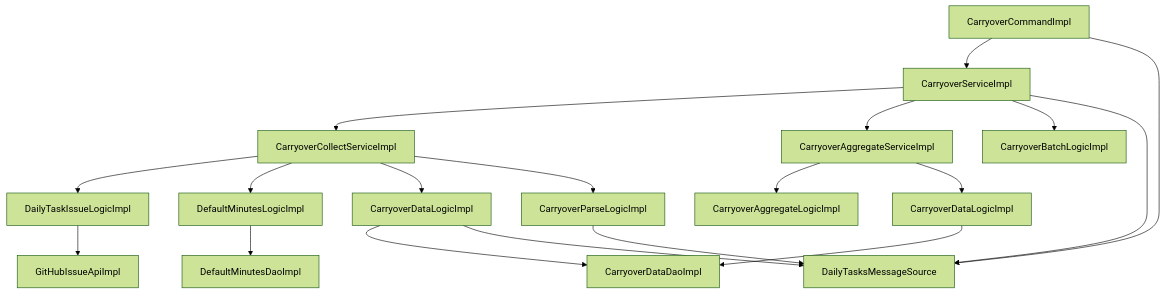
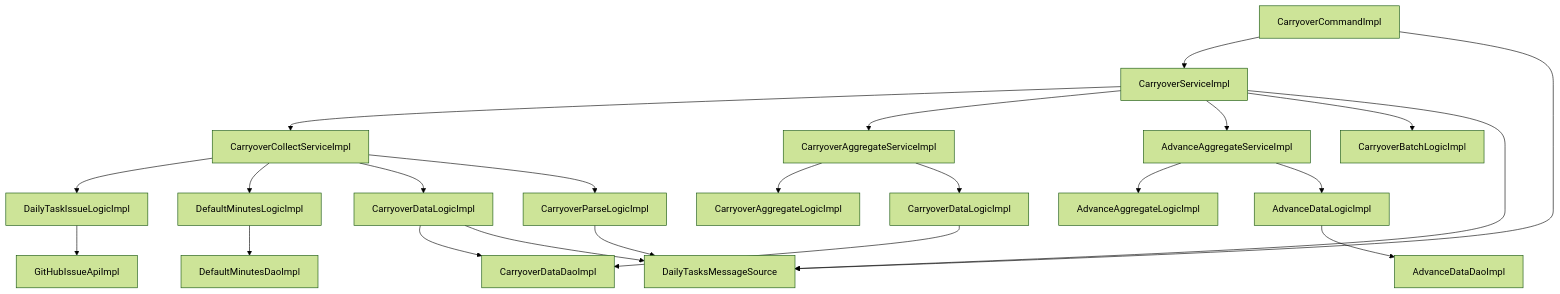
The first of 3 diagrams in docs/design/backend/04-modules.md (KenichiroArai/kb002_daily-tasks_doc), drawn with Mermaid (forest theme) before and after one commit. The commit also changed other lines of this file and 16 other files, not shown here.

````diff
--- a/docs/design/backend/04-modules.md
+++ b/docs/design/backend/04-modules.md
@@ -34,21 +34,25 @@
 ```mermaid
 flowchart TB
   command["CarryoverCommandImpl"] --> service["CarryoverServiceImpl"]
   service --> collectService["CarryoverCollectServiceImpl"]
   service --> aggregateService["CarryoverAggregateServiceImpl"]
+  service --> advanceAggregate["AdvanceAggregateServiceImpl"]
   service --> batchLogic["CarryoverBatchLogicImpl"]
   collectService --> issueLogic["DailyTaskIssueLogicImpl"]
   collectService --> minutesLogic["DefaultMinutesLogicImpl"]
   collectService --> dataLogic["CarryoverDataLogicImpl"]
   collectService --> parseLogic["CarryoverParseLogicImpl"]
   aggregateService --> aggregateLogic["CarryoverAggregateLogicImpl"]
   aggregateService --> summaryData["CarryoverDataLogicImpl"]
+  advanceAggregate --> advanceAggLogic["AdvanceAggregateLogicImpl"]
+  advanceAggregate --> advanceData["AdvanceDataLogicImpl"]
   issueLogic --> github["GitHubIssueApiImpl"]
   minutesLogic --> minutesDao["DefaultMinutesDaoImpl"]
   dataLogic --> dataDao["CarryoverDataDaoImpl"]
   summaryData --> dataDao
+  advanceData --> advanceDao["AdvanceDataDaoImpl"]
   dataLogic --> message["DailyTasksMessageSource"]
   parseLogic --> message
   service --> message
   command --> message
 ```
````
